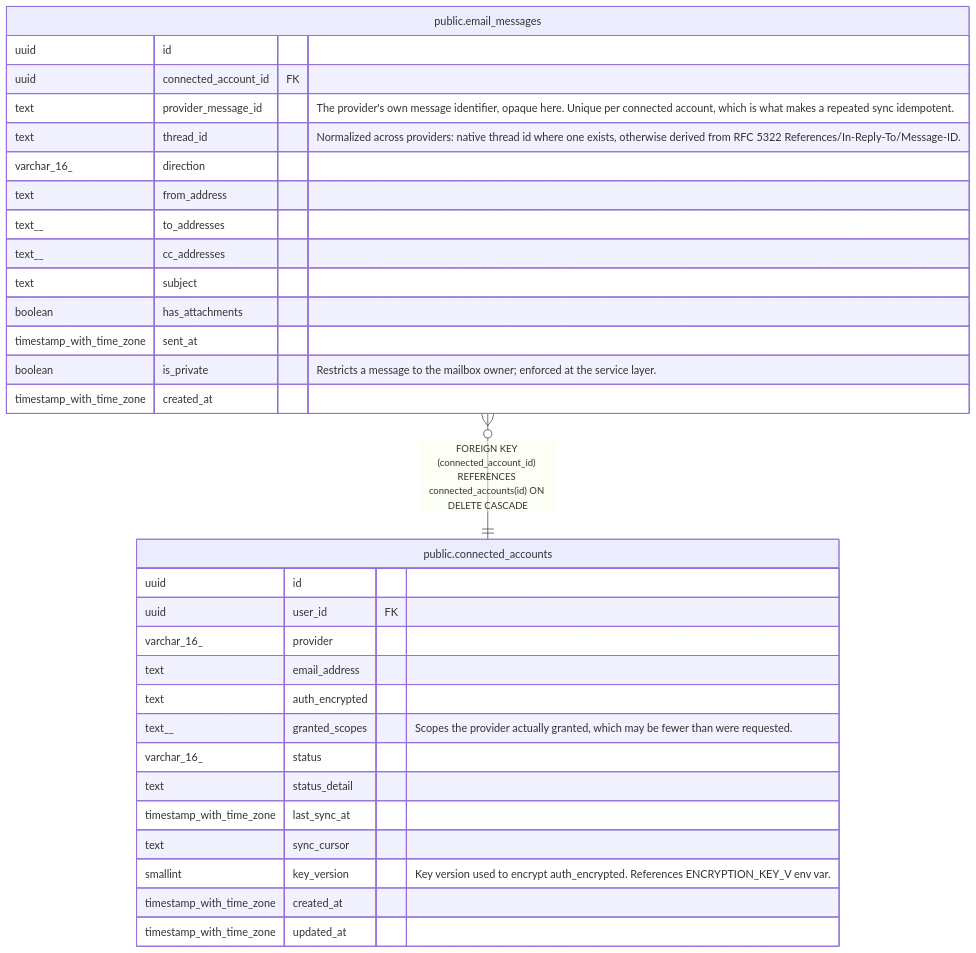
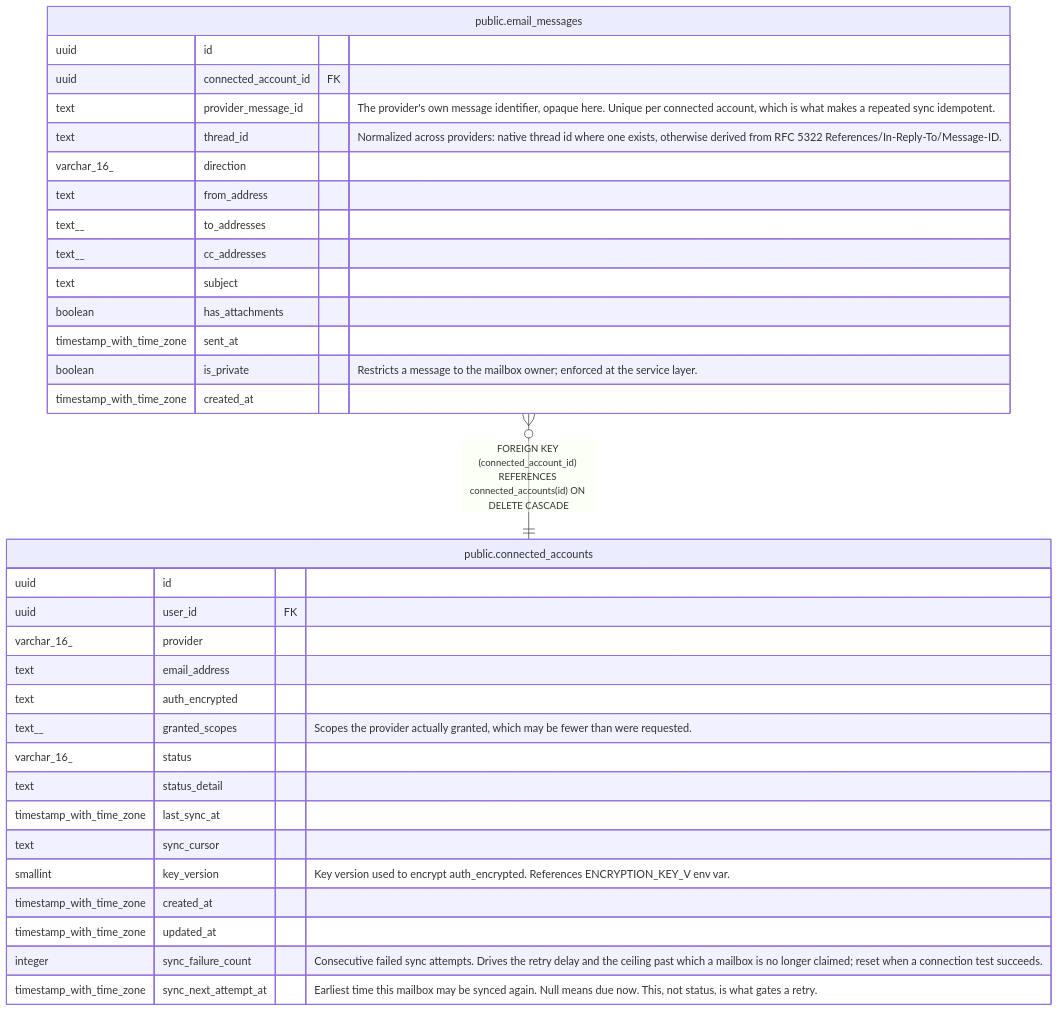
The diagram in docs/schema/public.email_messages.md (rkseattle/minicrm), drawn with Mermaid before and after one commit. The commit also changed 13 other files, not shown here.

````diff
--- a/docs/schema/public.email_messages.md
+++ b/docs/schema/public.email_messages.md
@@ -46,36 +46,38 @@
 ```mermaid
 erDiagram
 
 "public.email_messages" }o--|| "public.connected_accounts" : "FOREIGN KEY (connected_account_id) REFERENCES connected_accounts(id) ON DELETE CASCADE"
 
 "public.email_messages" {
   uuid id ""
   uuid connected_account_id FK ""
   text provider_message_id "The provider's own message identifier, opaque here. Unique per connected account, which is what makes a repeated sync idempotent."
   text thread_id "Normalized across providers: native thread id where one exists, otherwise derived from RFC 5322 References/In-Reply-To/Message-ID."
   varchar_16_ direction ""
   text from_address ""
   text__ to_addresses ""
   text__ cc_addresses ""
   text subject ""
   boolean has_attachments ""
   timestamp_with_time_zone sent_at ""
   boolean is_private "Restricts a message to the mailbox owner; enforced at the service layer."
   timestamp_with_time_zone created_at ""
 }
 "public.connected_accounts" {
   uuid id ""
   uuid user_id FK ""
   varchar_16_ provider ""
   text email_address ""
   text auth_encrypted ""
   text__ granted_scopes "Scopes the provider actually granted, which may be fewer than were requested."
   varchar_16_ status ""
   text status_detail ""
   timestamp_with_time_zone last_sync_at ""
   text sync_cursor ""
   smallint key_version "Key version used to encrypt auth_encrypted. References ENCRYPTION_KEY_V<n> env var."
   timestamp_with_time_zone created_at ""
   timestamp_with_time_zone updated_at ""
+  integer sync_failure_count "Consecutive failed sync attempts. Drives the retry delay and the ceiling past which a mailbox is no longer claimed; reset when a connection test succeeds."
+  timestamp_with_time_zone sync_next_attempt_at "Earliest time this mailbox may be synced again. Null means due now. This, not status, is what gates a retry."
 }
 ```
````
